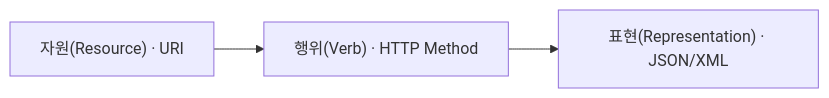
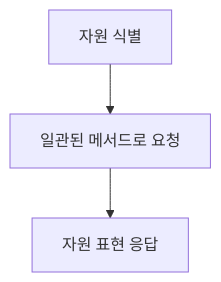
One commit to agnusdei1207/study changed the first of 3 diagrams in src/content/docs/notes/itpe/02-software-engineering/015_rest.md. Above: the diagram before and after it, drawn with Mermaid. The commit also changed other lines of this file, not shown here.

Commit message:
Correct REST and HTTP method semantics

````diff
--- a/src/content/docs/notes/itpe/02-software-engineering/015_rest.md
+++ b/src/content/docs/notes/itpe/02-software-engineering/015_rest.md
@@ -51,4 +51,4 @@
 ```mermaid
-flowchart LR
-    R["자원(Resource) · URI"] --> V["행위(Verb) · HTTP Method"] --> P["표현(Representation) · JSON/XML"]
+flowchart TD
+    R["자원 식별"] --> V["일관된 메서드로 요청"] --> P["자원 표현 응답"]
 ```
````
